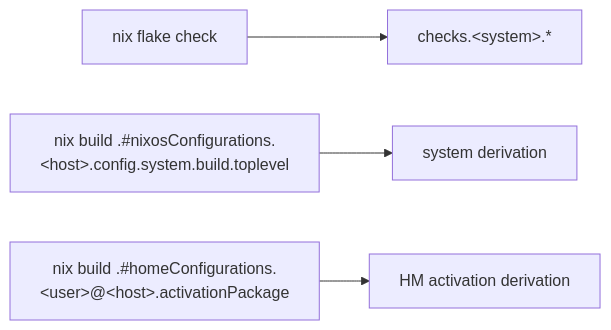
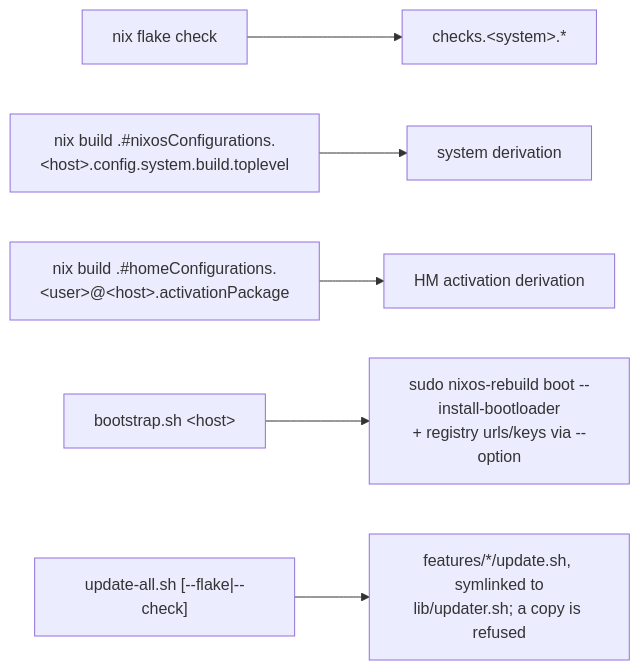
The seventh of 8 diagrams in DESIGN.md (WombatFromHell/automatic-palm-tree), drawn with Mermaid before and after one commit. The commit also changed other lines of this file and 8 other files, not shown here.

````diff
--- a/DESIGN.md
+++ b/DESIGN.md
@@ -147,6 +178,8 @@
 ```mermaid
 flowchart LR
   E["nix flake check"] --> CK["checks.&lt;system&gt;.*"]
   E2["nix build .#nixosConfigurations.&lt;host&gt;.config.system.build.toplevel"] --> NC["system derivation"]
   E3["nix build .#homeConfigurations.&lt;user&gt;@&lt;host&gt;.activationPackage"] --> HC["HM activation derivation"]
+  E4["bootstrap.sh &lt;host&gt;"] --> RB["sudo nixos-rebuild boot --install-bootloader<br/>+ registry urls/keys via --option"]
+  E5["update-all.sh [--flake|--check]"] --> UP["features/*/update.sh, symlinked to<br/>lib/updater.sh; a copy is refused"]
 ```
````
